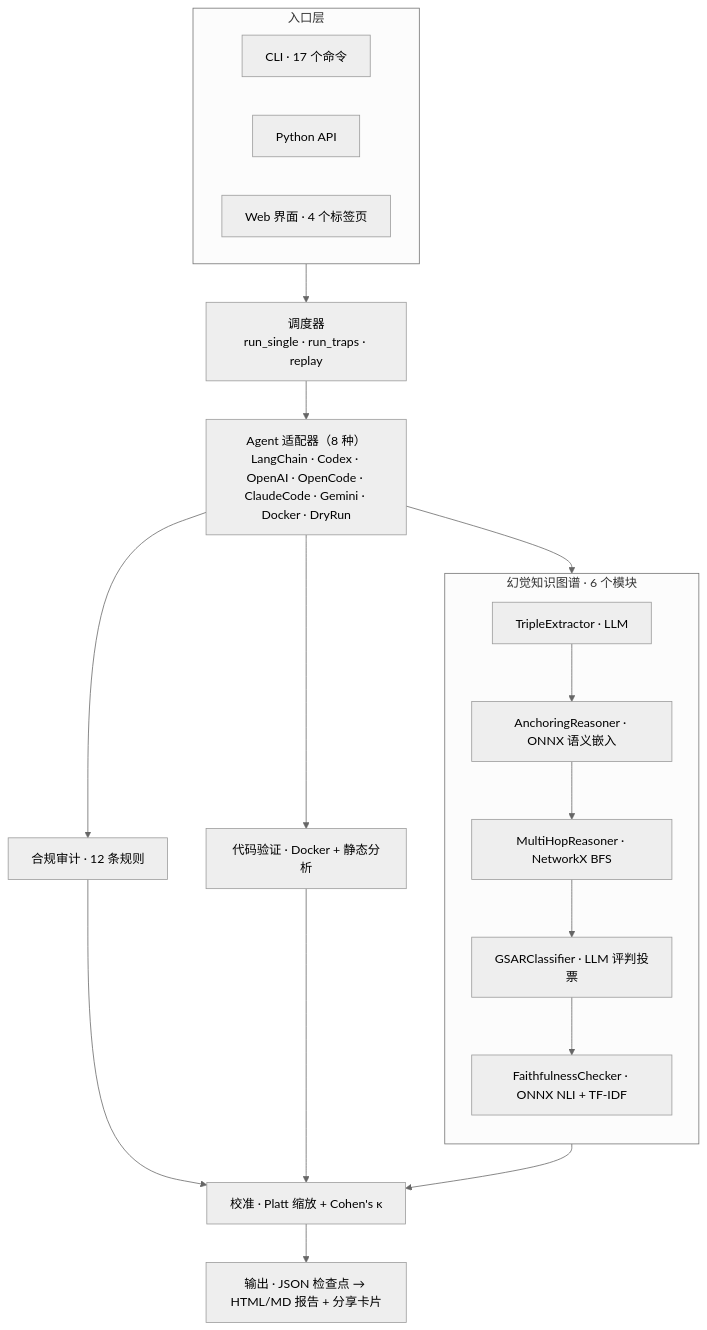
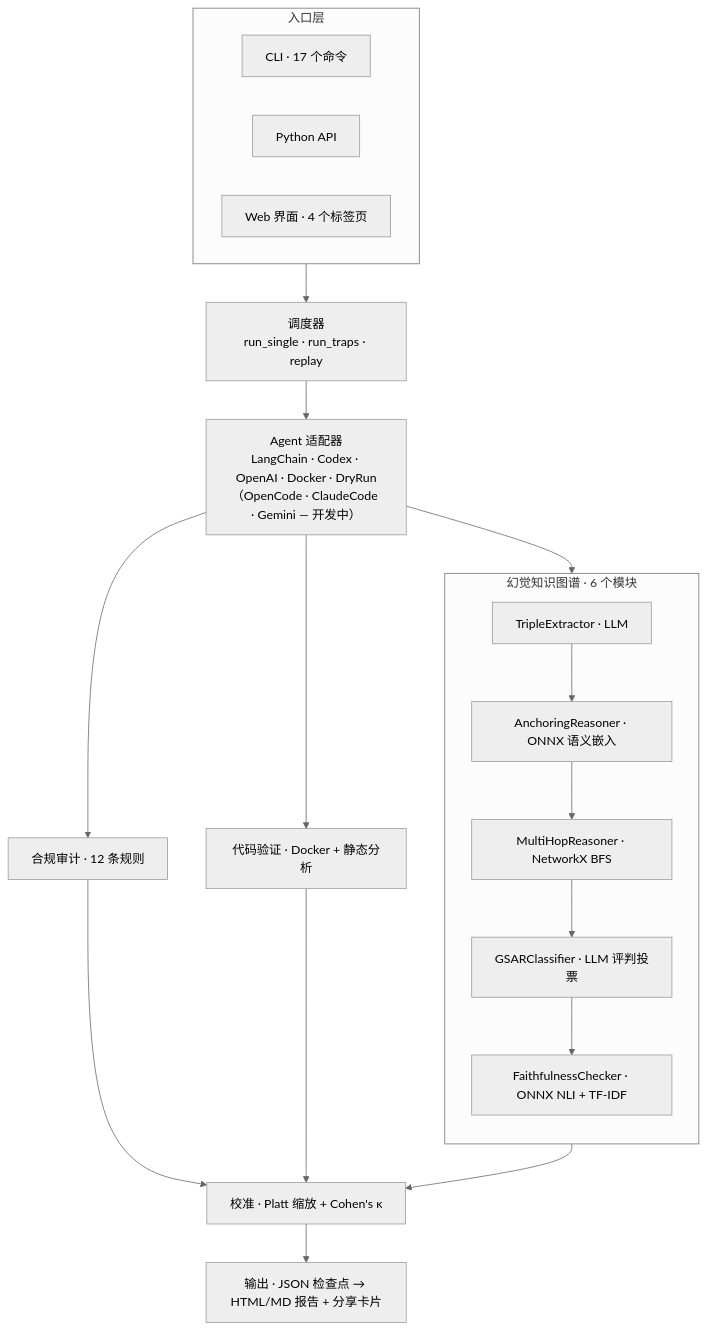
The first of 2 diagrams in README_CN.md (QingGo/agent-trust-lab), drawn with Mermaid (neutral theme) before and after one commit. The commit also changed other lines of this file and 1 other file, not shown here.

````diff
--- a/README_CN.md
+++ b/README_CN.md
@@ -133,33 +132,33 @@
 ```mermaid
 graph TB
     subgraph entry["入口层"]
         direction LR
         CLI["CLI · 17 个命令"]
         API["Python API"]
         WEB["Web 界面 · 4 个标签页"]
     end
 
     entry --> orch["调度器<br/>run_single · run_traps · replay"]
 
-    orch --> adapters["Agent 适配器（8 种）<br/>LangChain · Codex · OpenAI · OpenCode · ClaudeCode · Gemini · Docker · DryRun"]
+    orch --> adapters["Agent 适配器<br/>LangChain · Codex · OpenAI · Docker · DryRun<br/>（OpenCode · ClaudeCode · Gemini — 开发中）"]
 
     subgraph hallukg["幻觉知识图谱 · 6 个模块"]
         direction TB
         ext["TripleExtractor · LLM"]
         anc["AnchoringReasoner · ONNX 语义嵌入"]
         mh["MultiHopReasoner · NetworkX BFS"]
         gsar["GSARClassifier · LLM 评判投票"]
         nli["FaithfulnessChecker · ONNX NLI + TF-IDF"]
         ext --> anc --> mh --> gsar --> nli
     end
 
     adapters --> audit["合规审计 · 12 条规则"]
     adapters --> ext
     adapters --> code["代码验证 · Docker + 静态分析"]
 
     audit --> calib["校准 · Platt 缩放 + Cohen's κ"]
     nli --> calib
     code --> calib
 
     calib --> output["输出 · JSON 检查点 → HTML/MD 报告 + 分享卡片"]
 ```
````
